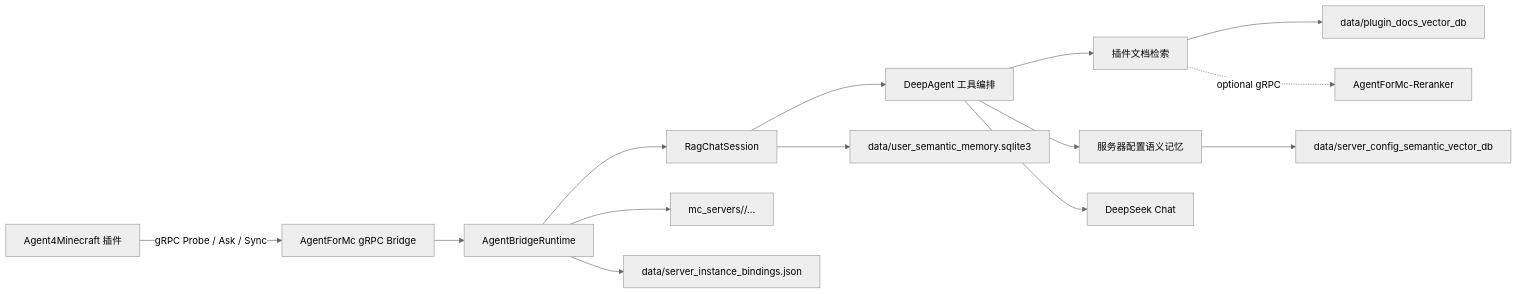
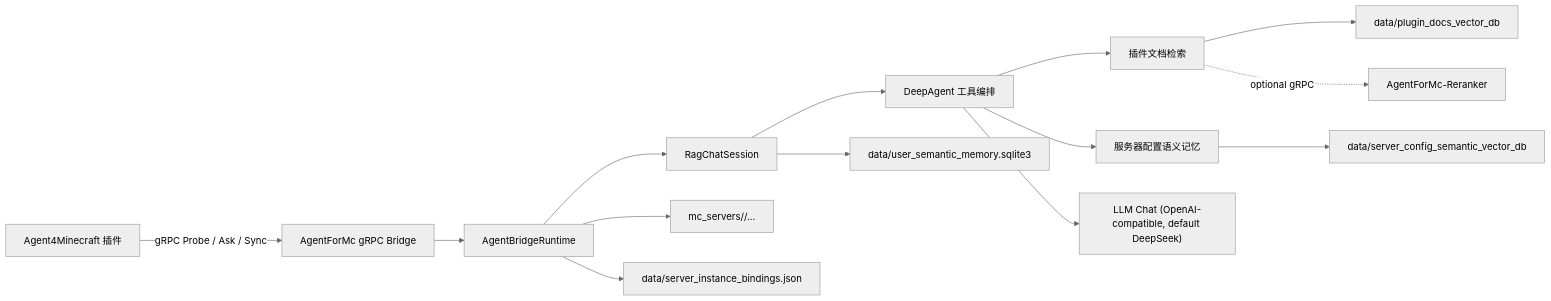
Before and after one commit to EternalmBlue/AgentForMc: the diagram in README.md, drawn with Mermaid (neutral theme). The commit also changed other lines of this file and 34 other files, not shown here.

````diff
--- a/README.md
+++ b/README.md
@@ -40,16 +40,16 @@
 ```mermaid
 flowchart LR
     Plugin["Agent4Minecraft 插件"] -->|"gRPC Probe / Ask / Sync"| Bridge["AgentForMc gRPC Bridge"]
     Bridge --> Runtime["AgentBridgeRuntime"]
     Runtime --> Session["RagChatSession"]
     Session --> DeepAgent["DeepAgent 工具编排"]
     DeepAgent --> Docs["插件文档检索"]
     DeepAgent --> ConfigMemory["服务器配置语义记忆"]
-    DeepAgent --> LLM["DeepSeek Chat"]
+    DeepAgent --> LLM["LLM Chat (OpenAI-compatible, default DeepSeek)"]
     Docs --> LanceDocs["data/plugin_docs_vector_db"]
     Docs -. optional gRPC .-> Reranker["AgentForMc-Reranker"]
     ConfigMemory --> LanceConfig["data/server_config_semantic_vector_db"]
     Runtime --> Uploads["mc_servers/<server.id>/..."]
     Runtime --> Identity["data/server_instance_bindings.json"]
     Session --> UserMemory["data/user_semantic_memory.sqlite3"]
 ```
````
